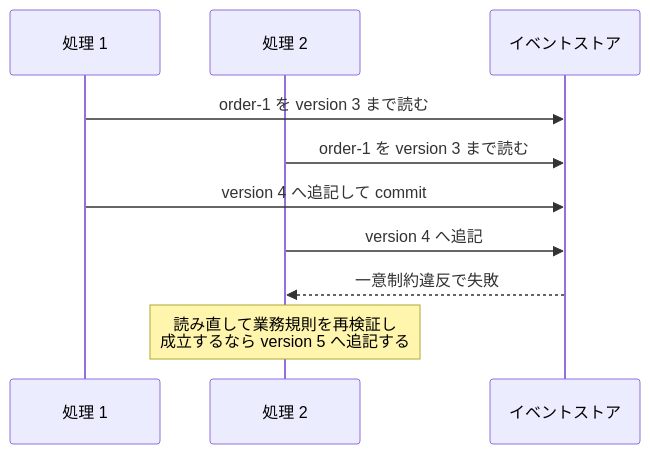
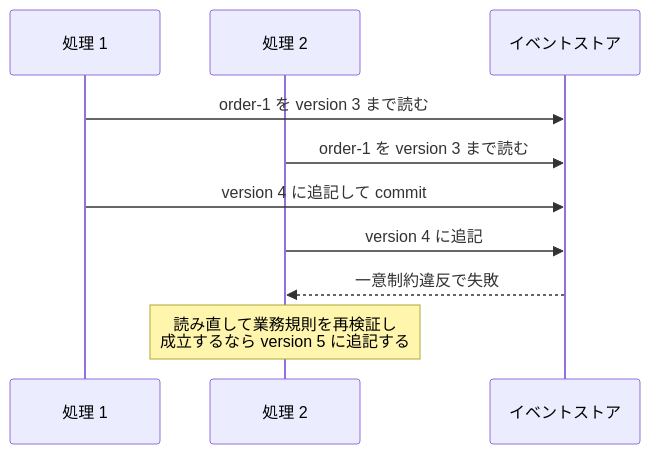
The third of 5 diagrams in content/notes/software-architecture/event-sourcing/index.md (nao1215/debimate), drawn with Mermaid before and after one commit. The commit also changed other lines of this file and 46 other files, not shown here.

````diff
--- a/content/notes/software-architecture/event-sourcing/index.md
+++ b/content/notes/software-architecture/event-sourcing/index.md
@@ -94,12 +94,12 @@
 ```mermaid
 sequenceDiagram
     participant C1 as 処理 1
     participant C2 as 処理 2
     participant S as イベントストア
     C1->>S: order-1 を version 3 まで読む
     C2->>S: order-1 を version 3 まで読む
-    C1->>S: version 4 へ追記して commit
-    C2->>S: version 4 へ追記
+    C1->>S: version 4 に追記して commit
+    C2->>S: version 4 に追記
     S-->>C2: 一意制約違反で失敗
-    Note over C2: 読み直して業務規則を再検証し<br/>成立するなら version 5 へ追記する
+    Note over C2: 読み直して業務規則を再検証し<br/>成立するなら version 5 に追記する
 ```
````
